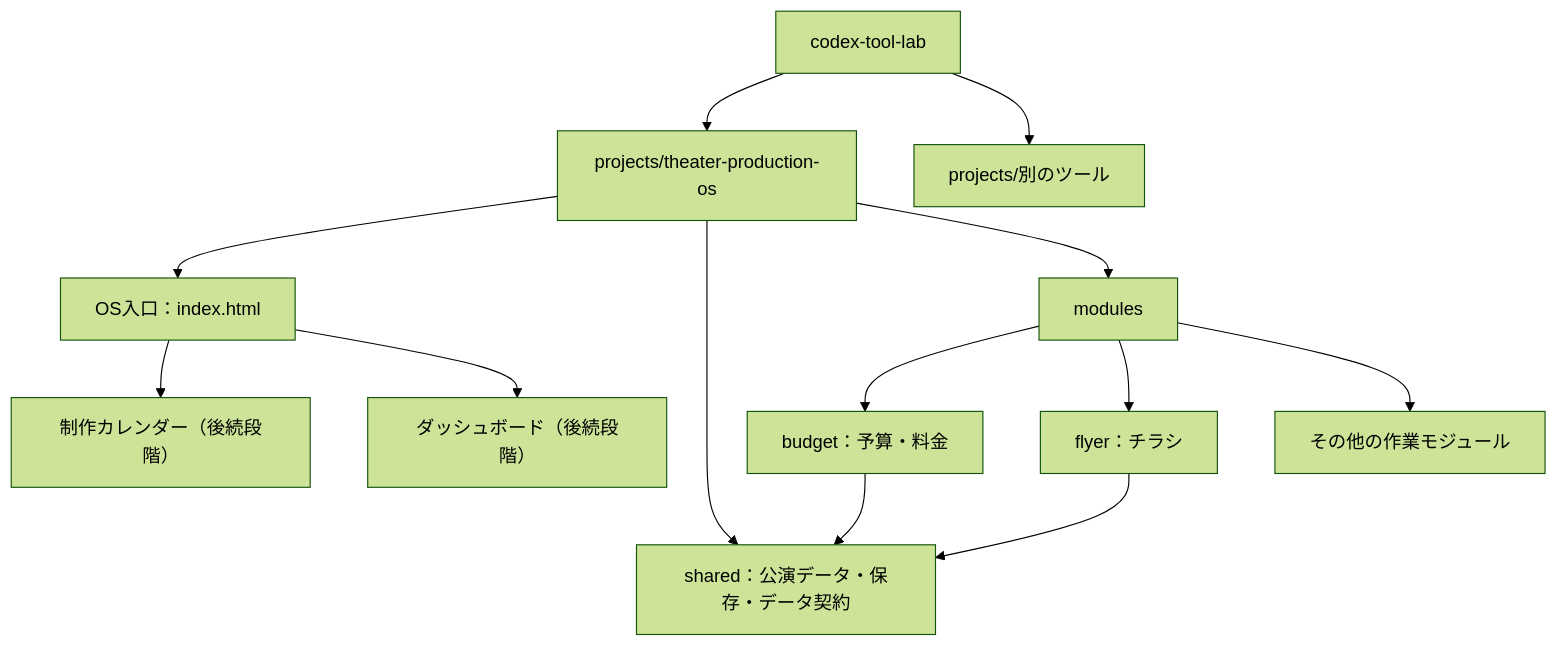
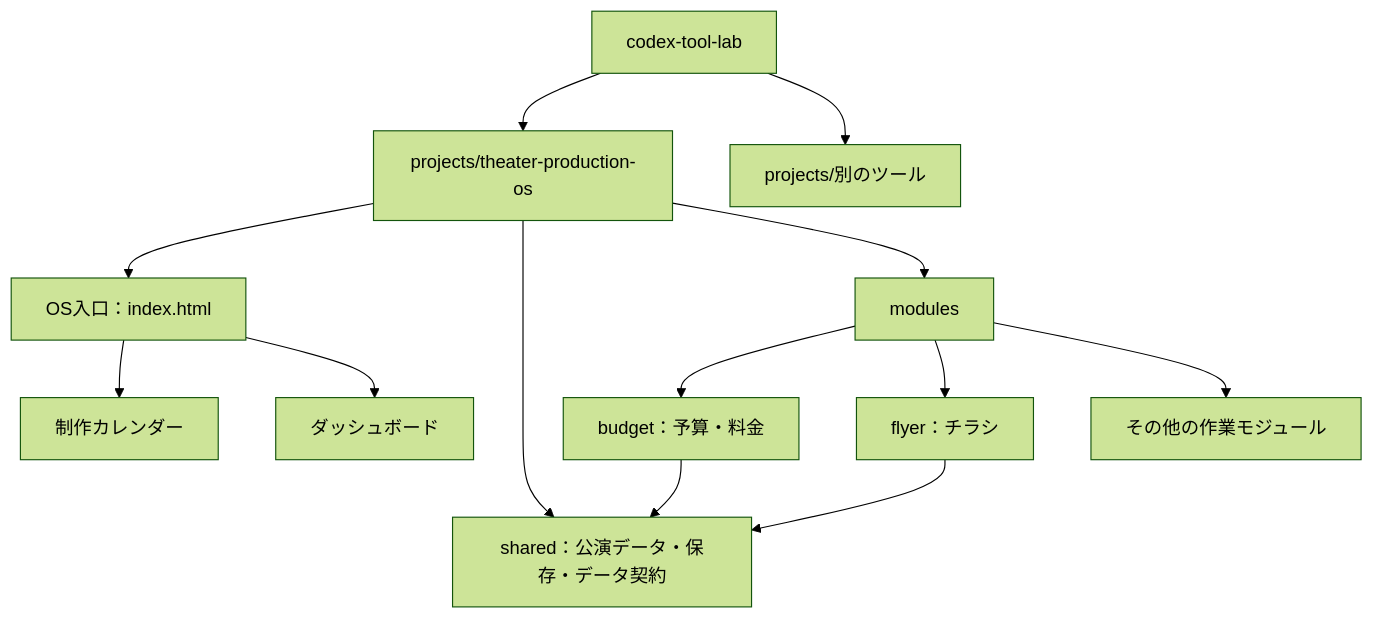
One commit to humandoll26/codex-tool-lab changed the diagram in projects/theater-production-os/docs/architecture.md. Above: the diagram before and after it, drawn with Mermaid (forest theme). The commit also changed other lines of this file and 43 other files, not shown here.

````diff
--- a/projects/theater-production-os/docs/architecture.md
+++ b/projects/theater-production-os/docs/architecture.md
@@ -9,15 +9,15 @@
 ```mermaid
 flowchart TD
   Lab["codex-tool-lab"] --> OS["projects/theater-production-os"]
   Lab --> Other["projects/別のツール"]
   OS --> Entry["OS入口：index.html"]
   OS --> Shared["shared：公演データ・保存・データ契約"]
   OS --> Modules["modules"]
   Modules --> Budget["budget：予算・料金"]
   Modules --> Flyer["flyer：チラシ"]
   Modules --> More["その他の作業モジュール"]
-  Entry --> Calendar["制作カレンダー（後続段階）"]
-  Entry --> Dashboard["ダッシュボード（後続段階）"]
+  Entry --> Calendar["制作カレンダー"]
+  Entry --> Dashboard["ダッシュボード"]
   Budget --> Shared
   Flyer --> Shared
 ```
````
